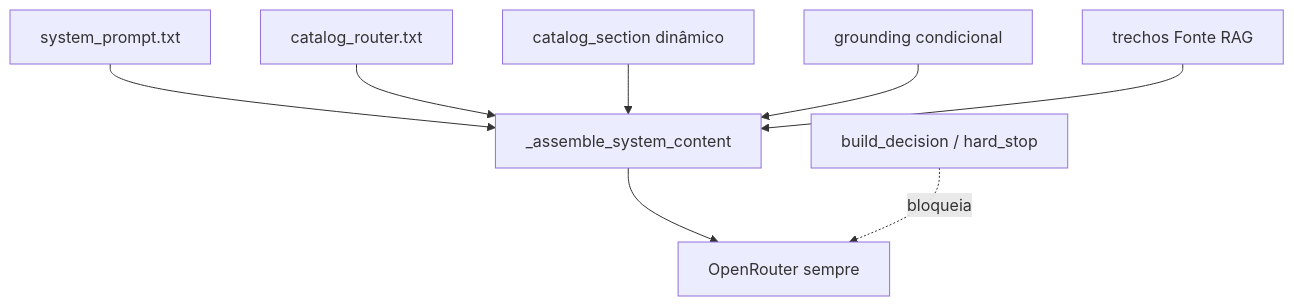
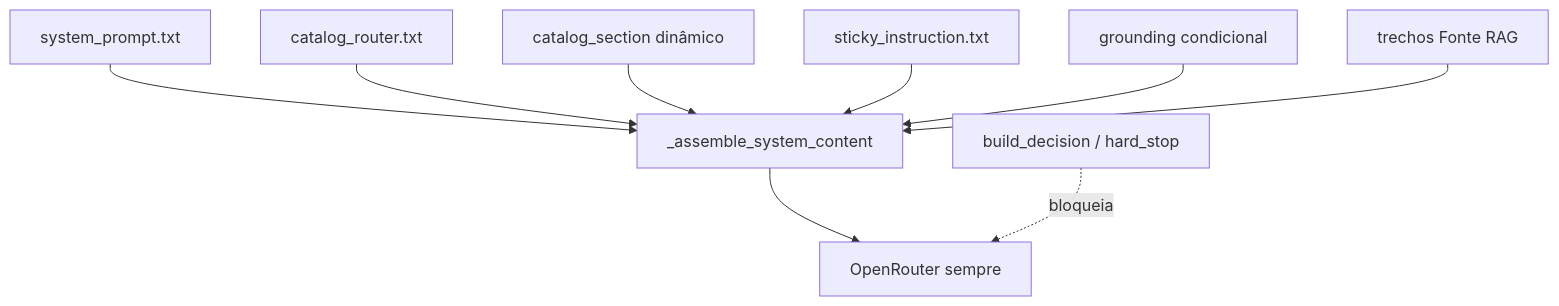
Before and after one commit to GaabDevWeb/KernelBot: the diagram in docs/wiki/17-prompts-referencia.md, drawn with Mermaid. The commit also changed other lines of this file and 9 other files, not shown here.

````diff
--- a/docs/wiki/17-prompts-referencia.md
+++ b/docs/wiki/17-prompts-referencia.md
@@ -27,15 +28,17 @@
 ```mermaid
 flowchart TD
   SP[system_prompt.txt]
   CR[catalog_router.txt]
   CS[catalog_section dinâmico]
+  ST[sticky_instruction.txt]
   GS[grounding condicional]
   RAG[trechos Fonte RAG]
   SP --> ASM[_assemble_system_content]
   CR --> ASM
   CS --> ASM
+  ST --> ASM
   GS --> ASM
   RAG --> ASM
   ASM --> LLM[OpenRouter sempre]
   GATES[build_decision / hard_stop] -.->|bloqueia| LLM
 ```
````
